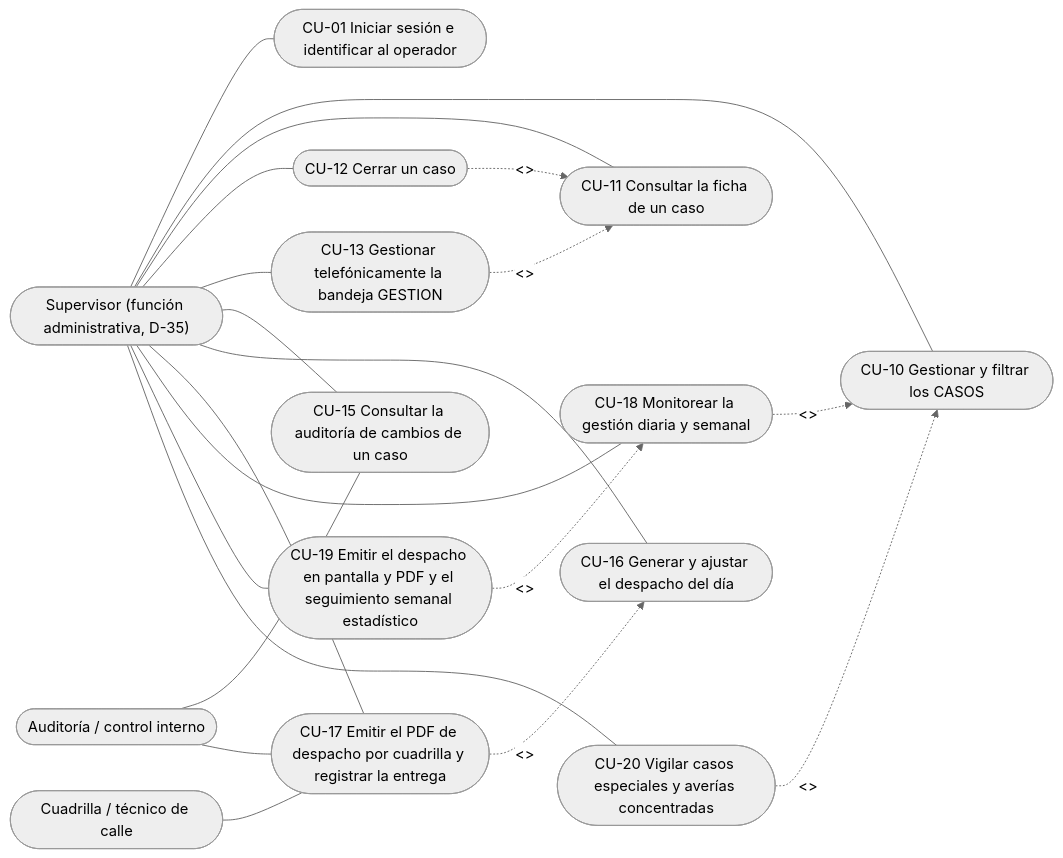
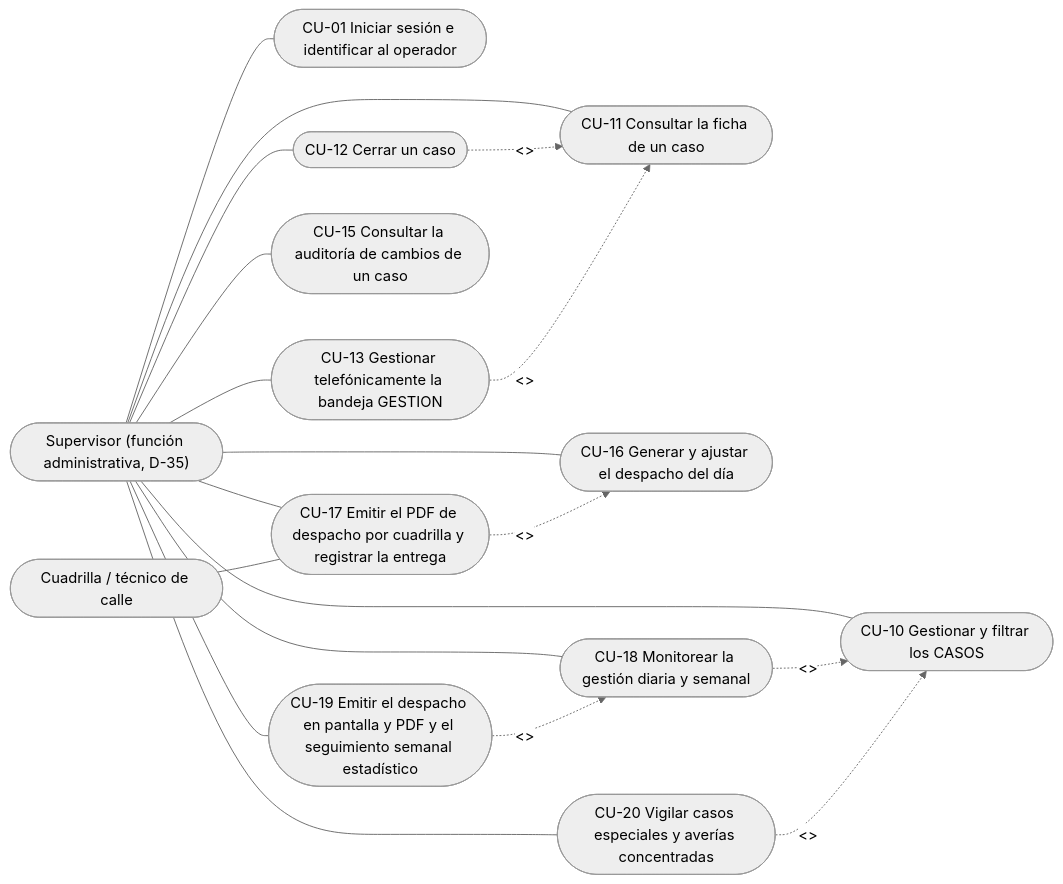
One commit to anlucorporations/GGTO changed the third of 8 diagrams in RepoTecnico/casos_uso/diagramas.md. Above: the diagram before and after it, drawn with Mermaid (neutral theme). The commit also changed other lines of this file and 1 other file, not shown here.

````diff
--- a/RepoTecnico/casos_uso/diagramas.md
+++ b/RepoTecnico/casos_uso/diagramas.md
@@ -165,41 +167,38 @@
 ```mermaid
 flowchart LR
     SUP(["Supervisor (función administrativa, D-35)"])
     CUA(["Cuadrilla / técnico de calle"])
-    AUD(["Auditoría / control interno"])
 
     CU01([CU-01 Iniciar sesión e identificar al operador])
     CU10([CU-10 Gestionar y filtrar los CASOS])
     CU11([CU-11 Consultar la ficha de un caso])
     CU12([CU-12 Cerrar un caso])
     CU13([CU-13 Gestionar telefónicamente la bandeja GESTION])
     CU15([CU-15 Consultar la auditoría de cambios de un caso])
     CU16([CU-16 Generar y ajustar el despacho del día])
     CU17([CU-17 Emitir el PDF de despacho por cuadrilla y registrar la entrega])
     CU18([CU-18 Monitorear la gestión diaria y semanal])
     CU19([CU-19 Emitir el despacho en pantalla y PDF y el seguimiento semanal estadístico])
     CU20([CU-20 Vigilar casos especiales y averías concentradas])
 
     SUP --- CU01
     SUP --- CU10
     SUP --- CU11
     SUP --- CU12
     SUP --- CU13
     SUP --- CU15
     SUP --- CU16
     SUP --- CU17
     SUP --- CU18
     SUP --- CU19
     SUP --- CU20
 
     CUA --- CU17
-    AUD --- CU15
-    AUD --- CU17
 
     CU12 -.->|"<<include>>"| CU11
     CU13 -.->|"<<include>>"| CU11
     CU17 -.->|"<<include>>"| CU16
     CU18 -.->|"<<include>>"| CU10
     CU19 -.->|"<<include>>"| CU18
     CU20 -.->|"<<include>>"| CU10
 ```
````
